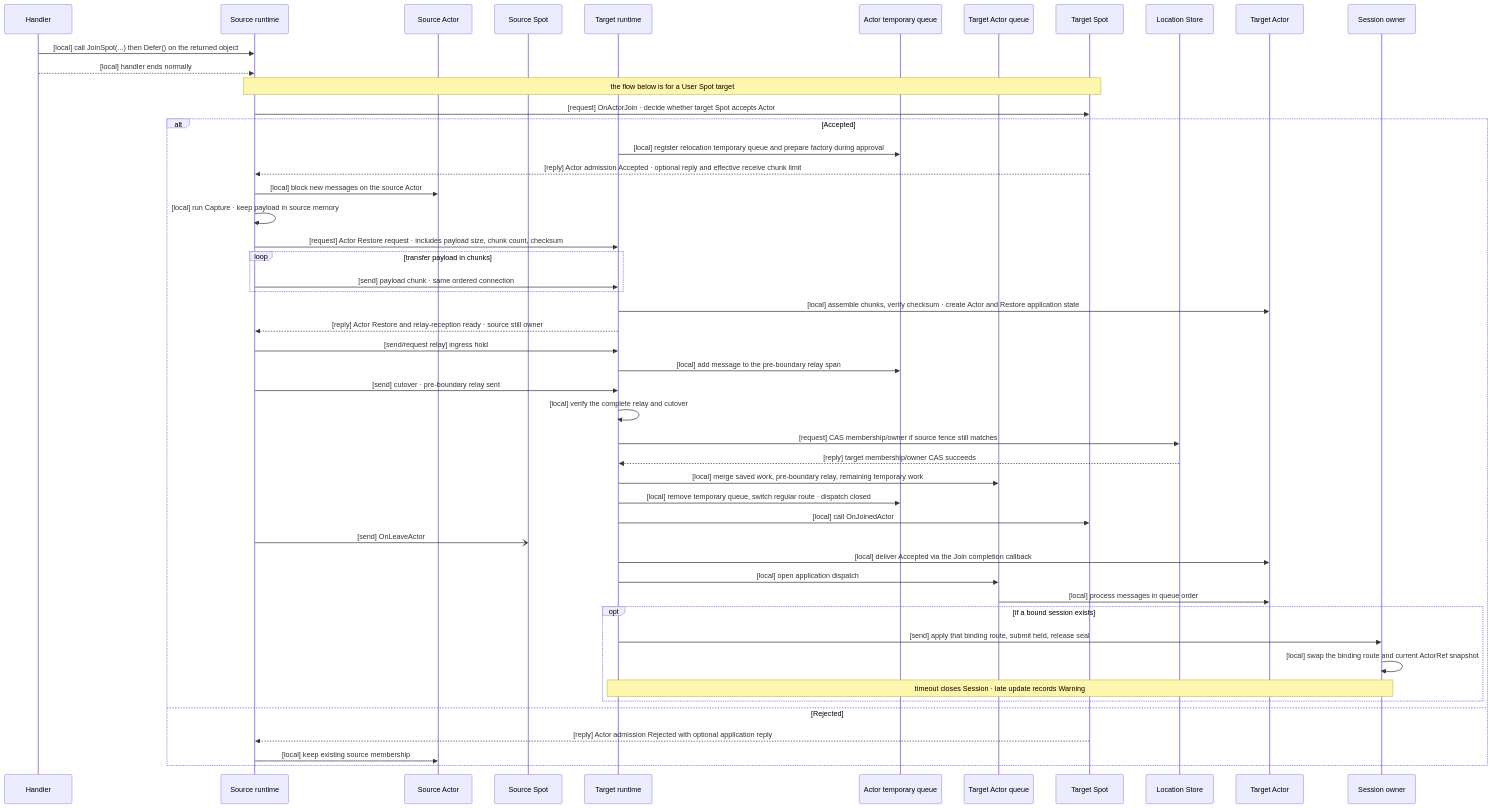
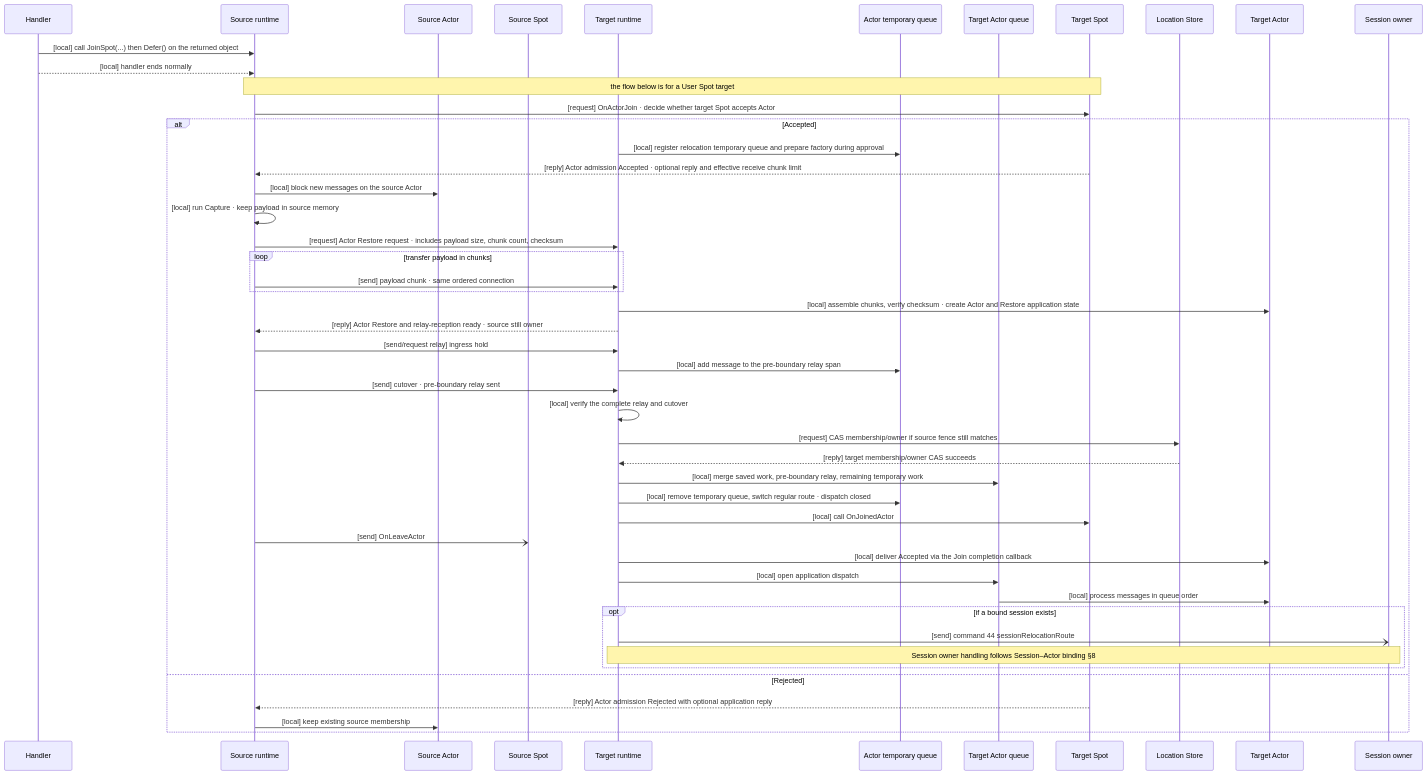
Before and after one commit to zlink-systems/zlink: the second of 3 diagrams in framework/doc/framework/common/spec/server/03-spot-actor/05-spot-actor-membership.en.md, drawn with Mermaid. The commit also changed other lines of this file and 11 other files, not shown here.

````diff
--- a/framework/doc/framework/common/spec/server/03-spot-actor/05-spot-actor-membership.en.md
+++ b/framework/doc/framework/common/spec/server/03-spot-actor/05-spot-actor-membership.en.md
@@ -617,52 +612,51 @@
 ```mermaid
 sequenceDiagram
     participant Handler
     participant SourceRuntime as Source runtime
     participant SourceActor as Source Actor
     participant SourceSpot as Source Spot
     participant TargetRuntime as Target runtime
     participant TargetTemp as Actor temporary queue
     participant TargetQueue as Target Actor queue
     participant TargetSpot as Target Spot
     participant LocationStore as Location Store
     participant TargetActor as Target Actor
     participant SessionOwner as Session owner
 
     Handler->>SourceRuntime: [local] call JoinSpot(...) then Defer() on the returned object
     Handler-->>SourceRuntime: [local] handler ends normally
     Note over SourceRuntime,TargetSpot: the flow below is for a User Spot target
     SourceRuntime->>TargetSpot: [request] OnActorJoin · decide whether target Spot accepts Actor
     alt Accepted
         TargetRuntime->>TargetTemp: [local] register relocation temporary queue and prepare factory during approval
         TargetSpot-->>SourceRuntime: [reply] Actor admission Accepted · optional reply and effective receive chunk limit
         SourceRuntime->>SourceActor: [local] block new messages on the source Actor
         SourceRuntime->>SourceRuntime: [local] run Capture · keep payload in source memory
         SourceRuntime->>TargetRuntime: [request] Actor Restore request · includes payload size, chunk count, checksum
         loop transfer payload in chunks
             SourceRuntime->>TargetRuntime: [send] payload chunk · same ordered connection
         end
         TargetRuntime->>TargetActor: [local] assemble chunks, verify checksum · create Actor and Restore application state
         TargetRuntime-->>SourceRuntime: [reply] Actor Restore and relay-reception ready · source still owner
         SourceRuntime->>TargetRuntime: [send/request relay] ingress hold
         TargetRuntime->>TargetTemp: [local] add message to the pre-boundary relay span
         SourceRuntime->>TargetRuntime: [send] cutover · pre-boundary relay sent
         TargetRuntime->>TargetRuntime: [local] verify the complete relay and cutover
         TargetRuntime->>LocationStore: [request] CAS membership/owner if source fence still matches
         LocationStore-->>TargetRuntime: [reply] target membership/owner CAS succeeds
         TargetRuntime->>TargetQueue: [local] merge saved work, pre-boundary relay, remaining temporary work
         TargetRuntime->>TargetTemp: [local] remove temporary queue, switch regular route · dispatch closed
         TargetRuntime->>TargetSpot: [local] call OnJoinedActor
         SourceRuntime-)SourceSpot: [send] OnLeaveActor
         TargetRuntime->>TargetActor: [local] deliver Accepted via the Join completion callback
         TargetRuntime->>TargetQueue: [local] open application dispatch
         TargetQueue->>TargetActor: [local] process messages in queue order
         opt if a bound session exists
-            TargetRuntime->>SessionOwner: [send] apply that binding route, submit held, release seal
-            SessionOwner->>SessionOwner: [local] swap the binding route and current ActorRef snapshot
-            Note over TargetRuntime,SessionOwner: timeout closes Session · late update records Warning
+            TargetRuntime-)SessionOwner: [send] command 44 sessionRelocationRoute
+            Note over TargetRuntime,SessionOwner: Session owner handling follows Session–Actor binding §8
         end
     else Rejected
         TargetSpot-->>SourceRuntime: [reply] Actor admission Rejected with optional application reply
         SourceRuntime->>SourceActor: [local] keep existing source membership
     end
 ```
````
